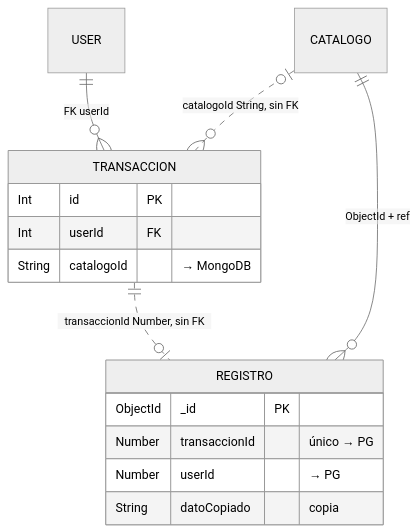
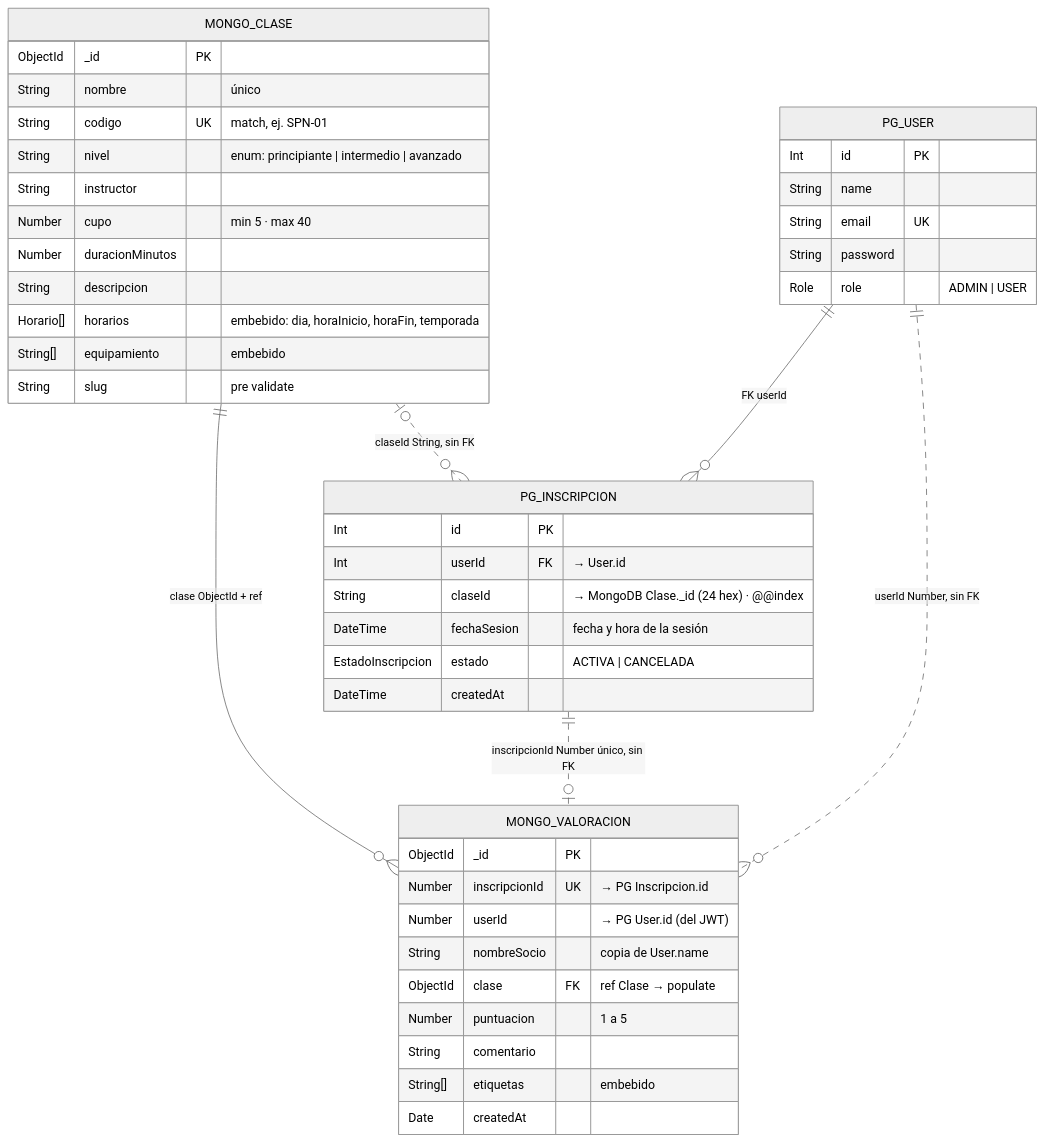
The diagram in docs/Tarea_modelo_hibrido.md (itsdavx/espe-expressjs-Tarea-Individual), drawn with Mermaid (neutral theme) before and after one commit. The commit also changed other lines of this file and 1 other file, not shown here.

Commit message:
docs(modelo): completar modelo hibrido del caso 2 Gimnasio (secciones 3 a 7 y ERD)

````diff
--- a/docs/Tarea_modelo_hibrido.md
+++ b/docs/Tarea_modelo_hibrido.md
@@ -192,18 +201,54 @@
 ```mermaid
 erDiagram
-  USER ||--o{ TRANSACCION : "FK userId"
-  TRANSACCION {
+  %% ===== Zona PostgreSQL (Prisma 7) =====
+  PG_USER {
     Int id PK
-    Int userId FK
-    String catalogoId "→ MongoDB"
+    String name
+    String email UK
+    String password
+    Role role "ADMIN | USER"
   }
-  CATALOGO |o..o{ TRANSACCION : "catalogoId String, sin FK"
-  CATALOGO ||--o{ REGISTRO : "ObjectId + ref"
-  TRANSACCION ||..o| REGISTRO : "transaccionId Number, sin FK"
-  REGISTRO {
+  PG_INSCRIPCION {
+    Int id PK
+    Int userId FK "→ User.id"
+    String claseId "→ MongoDB Clase._id (24 hex) · @@index"
+    DateTime fechaSesion "fecha y hora de la sesión"
+    EstadoInscripcion estado "ACTIVA | CANCELADA"
+    DateTime createdAt
+  }
+
+  %% ===== Zona MongoDB (Mongoose 9) =====
+  MONGO_CLASE {
     ObjectId _id PK
-    Number transaccionId "único → PG"
-    Number userId "→ PG"
-    String datoCopiado "copia"
+    String nombre "único"
+    String codigo UK "match, ej. SPN-01"
+    String nivel "enum: principiante | intermedio | avanzado"
+    String instructor
+    Number cupo "min 5 · max 40"
+    Number duracionMinutos
+    String descripcion
+    Horario[] horarios "embebido: dia, horaInicio, horaFin, temporada"
+    String[] equipamiento "embebido"
+    String slug "pre validate"
   }
+  MONGO_VALORACION {
+    ObjectId _id PK
+    Number inscripcionId UK "→ PG Inscripcion.id"
+    Number userId "→ PG User.id (del JWT)"
+    String nombreSocio "copia de User.name"
+    ObjectId clase FK "ref Clase → populate"
+    Number puntuacion "1 a 5"
+    String comentario
+    String[] etiquetas "embebido"
+    Date createdAt
+  }
+
+  %% Línea continua: FK de PostgreSQL o ref de Mongoose
+  PG_USER ||--o{ PG_INSCRIPCION : "FK userId"
+  MONGO_CLASE ||--o{ MONGO_VALORACION : "clase ObjectId + ref"
+
+  %% Línea punteada: referencia entre bases (sin FK, la valida el servicio)
+  MONGO_CLASE |o..o{ PG_INSCRIPCION : "claseId String, sin FK"
+  PG_INSCRIPCION ||..o| MONGO_VALORACION : "inscripcionId Number único, sin FK"
+  PG_USER ||..o{ MONGO_VALORACION : "userId Number, sin FK"
 ```
````
